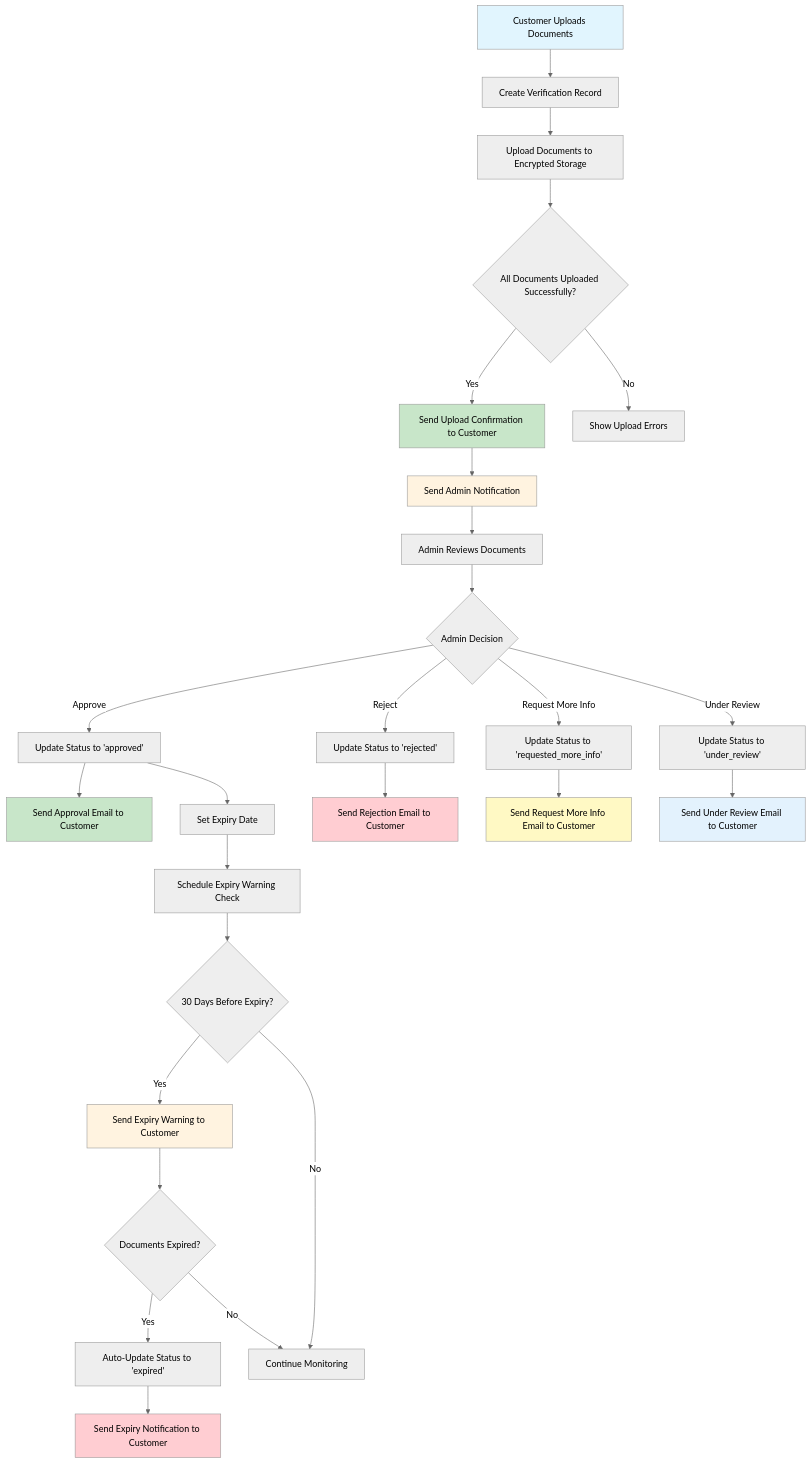
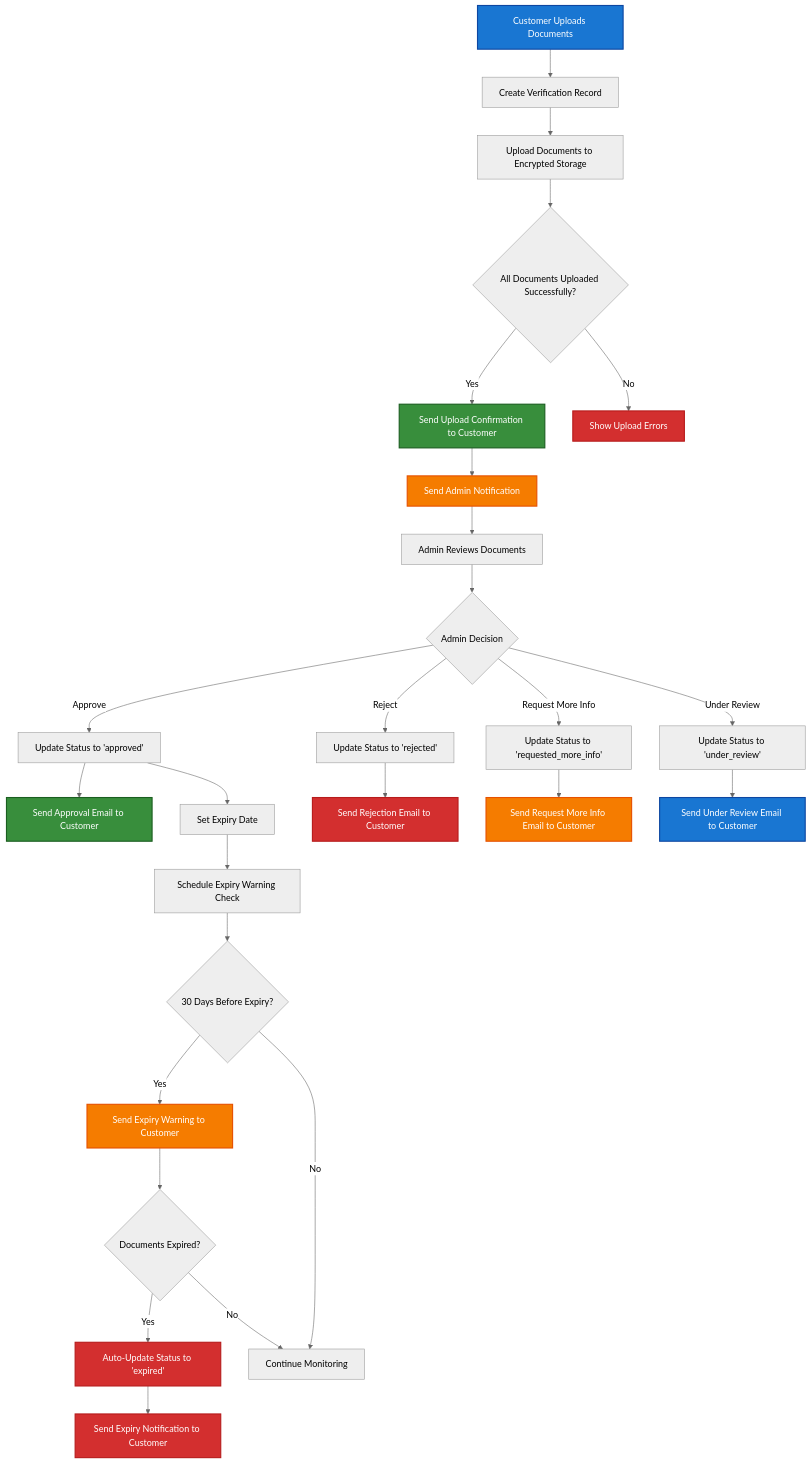
One commit to vachmara/pskyc changed the diagram in README.md. Above: the diagram before and after it, drawn with Mermaid (neutral theme).

Commit message:
docs: improve lisibility mairmaid

````diff
--- a/README.md
+++ b/README.md
@@ -54,46 +54,49 @@
 ```mermaid
 flowchart TD
     A[Customer Uploads Documents] --> B[Create Verification Record]
     B --> C[Upload Documents to Encrypted Storage]
     C --> D{All Documents Uploaded Successfully?}
     
     D -->|Yes| E[Send Upload Confirmation to Customer]
     D -->|No| F[Show Upload Errors]
     
     E --> G[Send Admin Notification]
     G --> H[Admin Reviews Documents]
     
     H --> I{Admin Decision}
     I -->|Approve| J[Update Status to 'approved']
     I -->|Reject| K[Update Status to 'rejected']
     I -->|Request More Info| L[Update Status to 'requested_more_info']
     I -->|Under Review| M[Update Status to 'under_review']
     
     J --> N[Send Approval Email to Customer]
     K --> O[Send Rejection Email to Customer]
     L --> P[Send Request More Info Email to Customer]
     M --> Q[Send Under Review Email to Customer]
     
     J --> R[Set Expiry Date]
     R --> S[Schedule Expiry Warning Check]
     
     S --> T{30 Days Before Expiry?}
     T -->|Yes| U[Send Expiry Warning to Customer]
     T -->|No| V[Continue Monitoring]
     
     U --> W{Documents Expired?}
     W -->|Yes| X[Auto-Update Status to 'expired']
     W -->|No| V
     
     X --> Y[Send Expiry Notification to Customer]
 
-    style A fill:#e1f5fe
-    style E fill:#c8e6c9
-    style G fill:#fff3e0
-    style N fill:#c8e6c9
-    style O fill:#ffcdd2
-    style P fill:#fff9c4
-    style Q fill:#e3f2fd
-    style U fill:#fff3e0
-    style Y fill:#ffcdd2
+    %% Simplified semantic color scheme (4 colors)
+    style A fill:#1976D2,stroke:#0D47A1,stroke-width:2px,color:#ffffff
+    style E fill:#388E3C,stroke:#1B5E20,stroke-width:2px,color:#ffffff
+    style F fill:#D32F2F,stroke:#B71C1C,stroke-width:2px,color:#ffffff
+    style G fill:#F57C00,stroke:#E65100,stroke-width:2px,color:#ffffff
+    style N fill:#388E3C,stroke:#1B5E20,stroke-width:2px,color:#ffffff
+    style O fill:#D32F2F,stroke:#B71C1C,stroke-width:2px,color:#ffffff
+    style P fill:#F57C00,stroke:#E65100,stroke-width:2px,color:#ffffff
+    style Q fill:#1976D2,stroke:#0D47A1,stroke-width:2px,color:#ffffff
+    style U fill:#F57C00,stroke:#E65100,stroke-width:2px,color:#ffffff
+    style Y fill:#D32F2F,stroke:#B71C1C,stroke-width:2px,color:#ffffff
+    style X fill:#D32F2F,stroke:#B71C1C,stroke-width:2px,color:#ffffff
 ```
````
